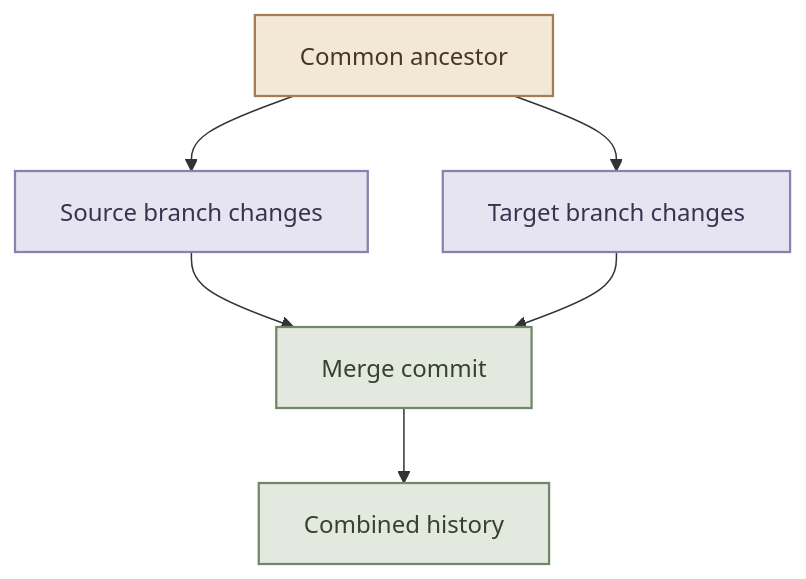
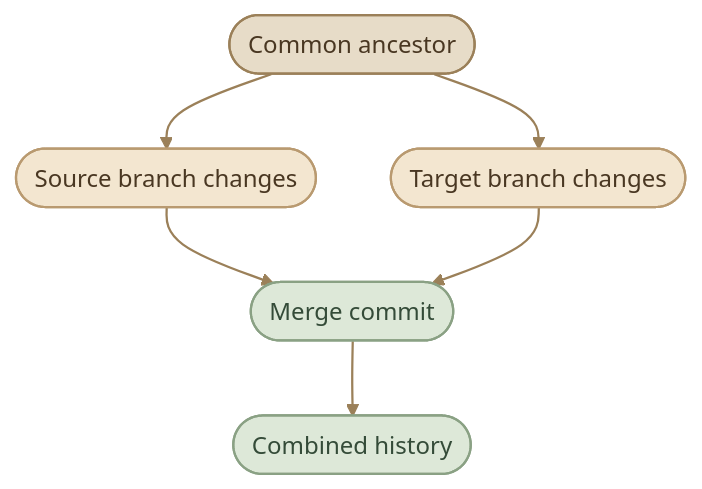
The ninth of 9 diagrams in content/version-control/Git and GitHub/branching-and-merging.mdx (mustafammasoud/ops-handbook), drawn with Mermaid before and after one commit. The commit also changed other lines of this file and 17 other files, not shown here.

````diff
--- a/content/version-control/Git and GitHub/branching-and-merging.mdx
+++ b/content/version-control/Git and GitHub/branching-and-merging.mdx
@@ -421,16 +425,18 @@
 ```mermaid
 flowchart TD
-    BASE["Common ancestor"] --> SOURCE["Source branch changes"]
-    BASE --> TARGET["Target branch changes"]
-    SOURCE --> MERGE["Merge commit"]
+    BASE(["Common ancestor"]) --> SOURCE(["Source branch changes"])
+    BASE --> TARGET(["Target branch changes"])
+    SOURCE --> MERGE(["Merge commit"])
     TARGET --> MERGE
-    MERGE --> RESULT["Combined history"]
+    MERGE --> RESULT(["Combined history"])
 
-    classDef base fill:#f3e8d5,stroke:#a67c52,color:#493522,stroke-width:1.5px
-    classDef branch fill:#e7e4f2,stroke:#8980ad,color:#39334f,stroke-width:1.5px
-    classDef merge fill:#e4e9df,stroke:#71866a,color:#344331,stroke-width:1.5px
+    classDef base fill:#E7DCC8,stroke:#9B8059,color:#493722,stroke-width:1.5px
+    classDef branch fill:#F3E6D0,stroke:#B99A70,color:#493722,stroke-width:1.5px
+    classDef merge fill:#DDE8D8,stroke:#8AA184,color:#344B38,stroke-width:1.5px
 
     class BASE base
     class SOURCE,TARGET branch
     class MERGE,RESULT merge
+
+    linkStyle default stroke:#9B8059,stroke-width:1.5px
 ```
````
